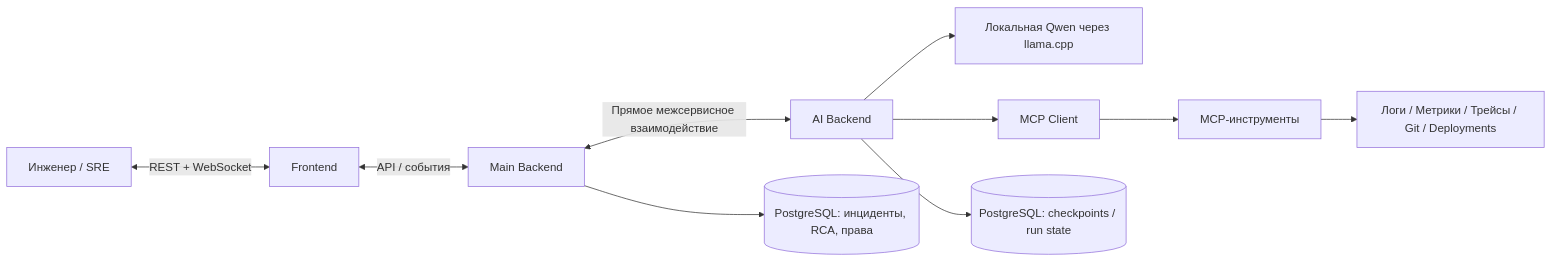
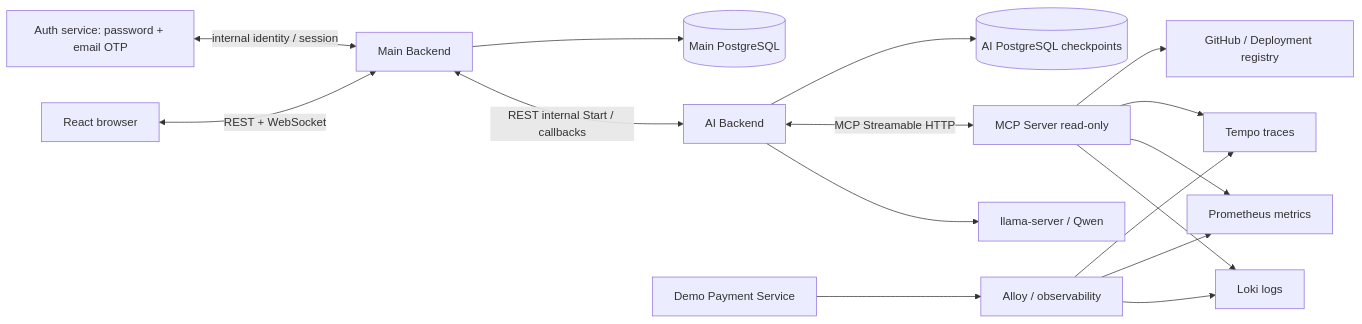
One commit to AI-Incident-Investigation-Platform/docs changed the diagram in README.md. Above: the diagram before and after it, drawn with Mermaid. The commit also changed other lines of this file and 10 other files, not shown here.

````diff
--- a/README.md
+++ b/README.md
@@ -39,12 +31,18 @@
 ```mermaid
 flowchart LR
-  U[Инженер / SRE] <-->|REST + WebSocket| F[Frontend]
-  F <-->|API / события| B[Main Backend]
-  B <-->|Прямое межсервисное взаимодействие| A[AI Backend]
-  A --> L[Локальная Qwen через llama.cpp]
-  A --> MC[MCP Client]
-  MC --> MS[MCP-инструменты]
-  MS --> O[Логи / Метрики / Трейсы / Git / Deployments]
-  B --> PG[(PostgreSQL: инциденты, RCA, права)]
-  A --> CK[(PostgreSQL: checkpoints / run state)]
+  Browser[React browser] <-->|REST + WebSocket| Main[Main Backend]
+  Auth[Auth service: password + email OTP] <-->|internal identity / session| Main
+  Main <-->|REST internal Start / callbacks| AI[AI Backend]
+  AI --> LLM[llama-server / Qwen]
+  AI <-->|MCP Streamable HTTP| MCP[MCP Server read-only]
+  MCP --> Loki[Loki logs]
+  MCP --> Prom[Prometheus metrics]
+  MCP --> Tempo[Tempo traces]
+  MCP --> Git[GitHub / Deployment registry]
+  Main --> PG1[(Main PostgreSQL)]
+  AI --> PG2[(AI PostgreSQL checkpoints)]
+  Demo[Demo Payment Service] --> Infra[Alloy / observability]
+  Infra --> Loki
+  Infra --> Prom
+  Infra --> Tempo
 ```
````
